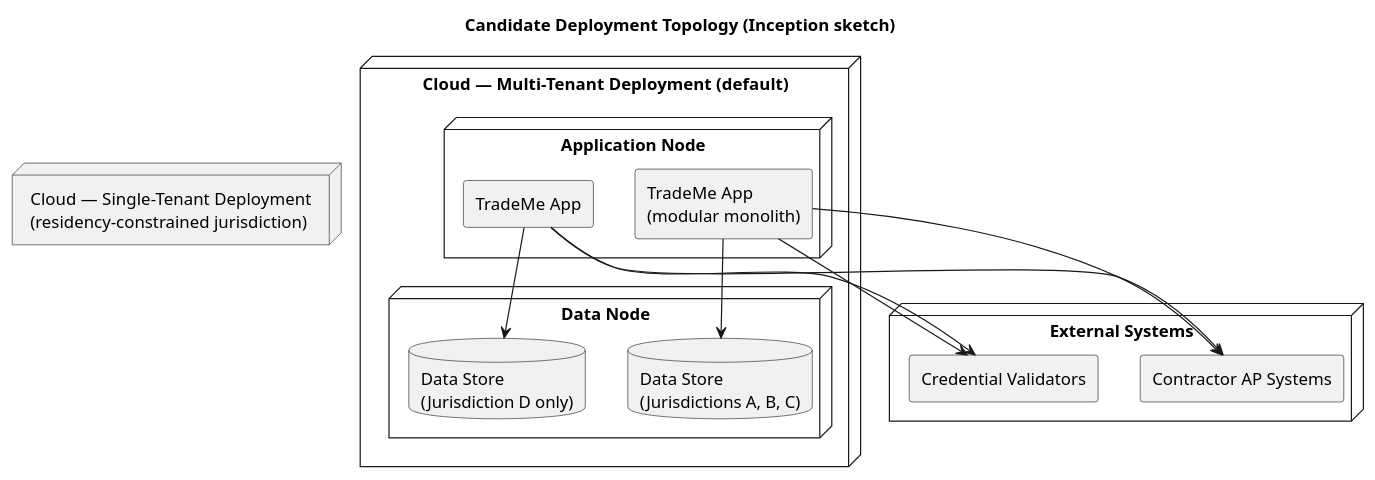
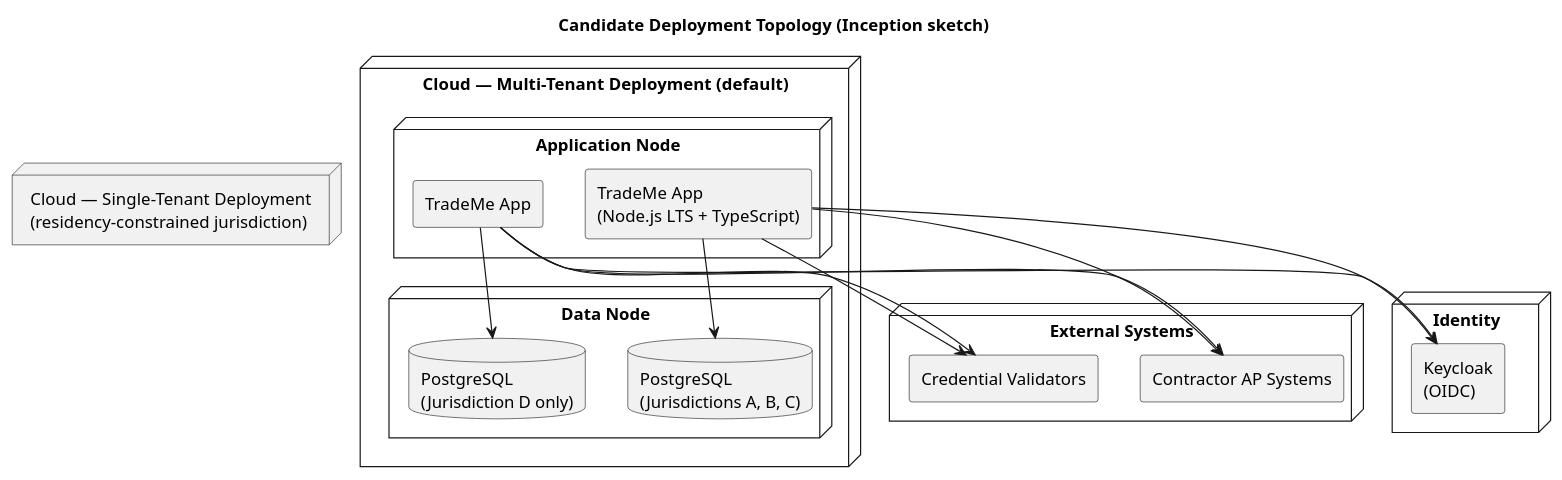
One commit to banense-test/trademe changed the second of 2 diagrams in docs/artifacts/analysis---design/software-architecture-document.md. Above: the diagram before and after it, drawn with PlantUML. The commit also changed other lines of this file, not shown here.

First line of the commit message:
Software Architect [I1]: upsert Software Architecture Document

````diff
--- a/docs/artifacts/analysis---design/software-architecture-document.md
+++ b/docs/artifacts/analysis---design/software-architecture-document.md
@@ -149,36 +154,42 @@
 ```plantuml
 @startuml
 skinparam componentStyle rectangle
 title Candidate Deployment Topology (Inception sketch)
 
 node "Cloud — Multi-Tenant Deployment (default)" {
   node "Application Node" {
-    component "TradeMe App\n(modular monolith)" as APP_MT
+    component "TradeMe App\n(Node.js LTS + TypeScript)" as APP_MT
   }
   node "Data Node" {
-    database "Data Store\n(Jurisdictions A, B, C)" as DB_MT
+    database "PostgreSQL\n(Jurisdictions A, B, C)" as DB_MT
   }
   APP_MT --> DB_MT
 }
 
 node "Cloud — Single-Tenant Deployment\n(residency-constrained jurisdiction)" {
   node "Application Node" {
     component "TradeMe App" as APP_ST
   }
   node "Data Node" {
-    database "Data Store\n(Jurisdiction D only)" as DB_ST
+    database "PostgreSQL\n(Jurisdiction D only)" as DB_ST
   }
   APP_ST --> DB_ST
 }
 
 node "External Systems" {
   component "Contractor AP Systems" as AP
   component "Credential Validators" as VAL
 }
 
+node "Identity" {
+  component "Keycloak\n(OIDC)" as KC
+}
+
 APP_MT --> AP
 APP_MT --> VAL
 APP_ST --> AP
 APP_ST --> VAL
+APP_MT --> KC
+APP_ST --> KC
 @enduml
 ```
````
